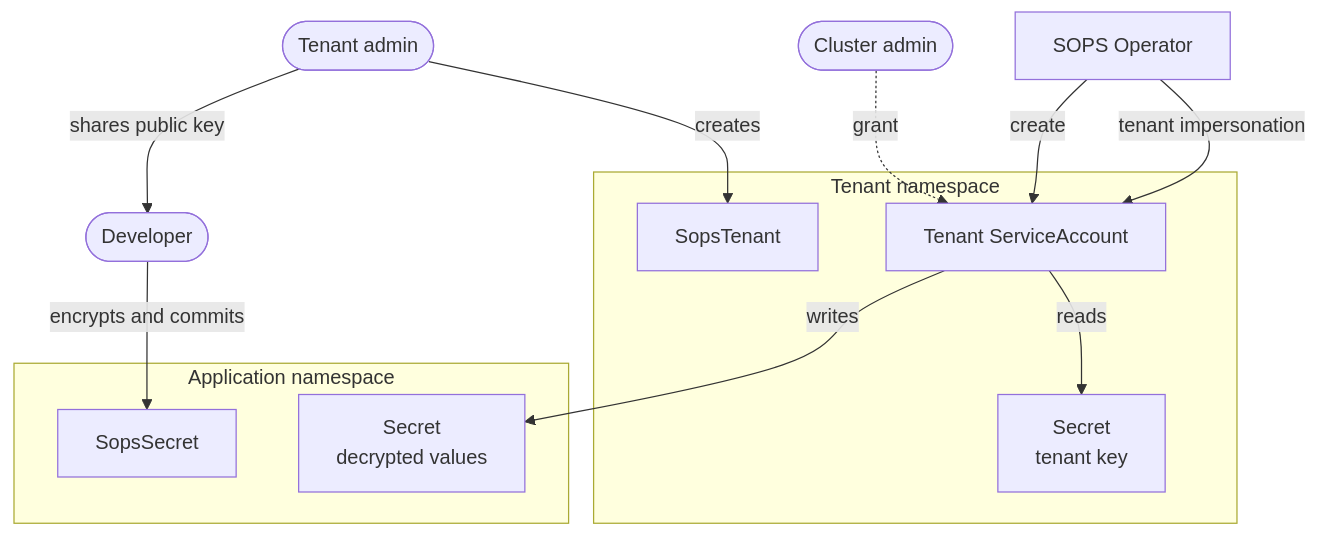
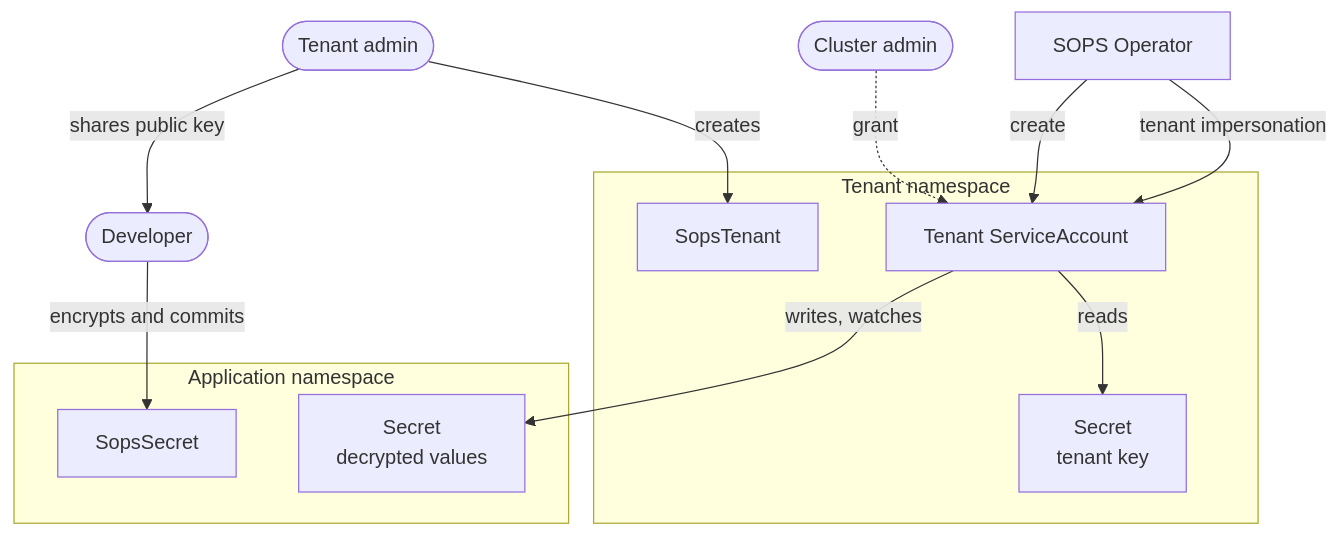
The diagram in README.md (stakater/sops-operator), drawn with Mermaid before and after one commit. The commit also changed other lines of this file and 17 other files, not shown here.

````diff
--- a/README.md
+++ b/README.md
@@ -110,28 +111,28 @@
 ```mermaid
 flowchart TB
     CA(["Cluster admin"])
     TA(["Tenant admin"])
     DEV(["Developer"])
 
     OP["SOPS Operator"]
 
     subgraph TNS["Tenant namespace"]
         TEN["SopsTenant"]
         SA["Tenant ServiceAccount"]
         KEY["Secret<br/>tenant key"]
     end
 
     subgraph APP["Application namespace"]
         SS["SopsSecret"]
         OUT["Secret<br/>decrypted values"]
     end
 
     CA -.->|grant| SA
     TA -->|creates| TEN
     TA -->|"shares public key"| DEV
     DEV -->|"encrypts and commits"| SS
     OP -->|create| SA
     OP -->|"tenant impersonation"| SA
     SA -->|reads| KEY
-    SA -->|writes| OUT
+    SA -->|writes, watches| OUT
 ```
````
